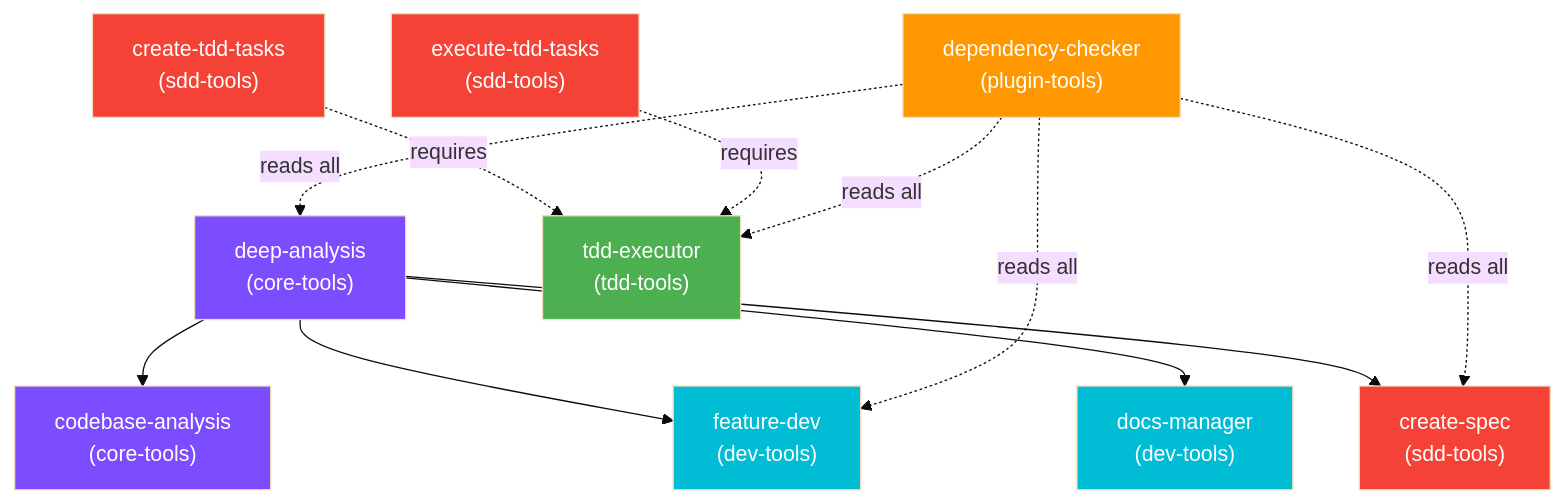
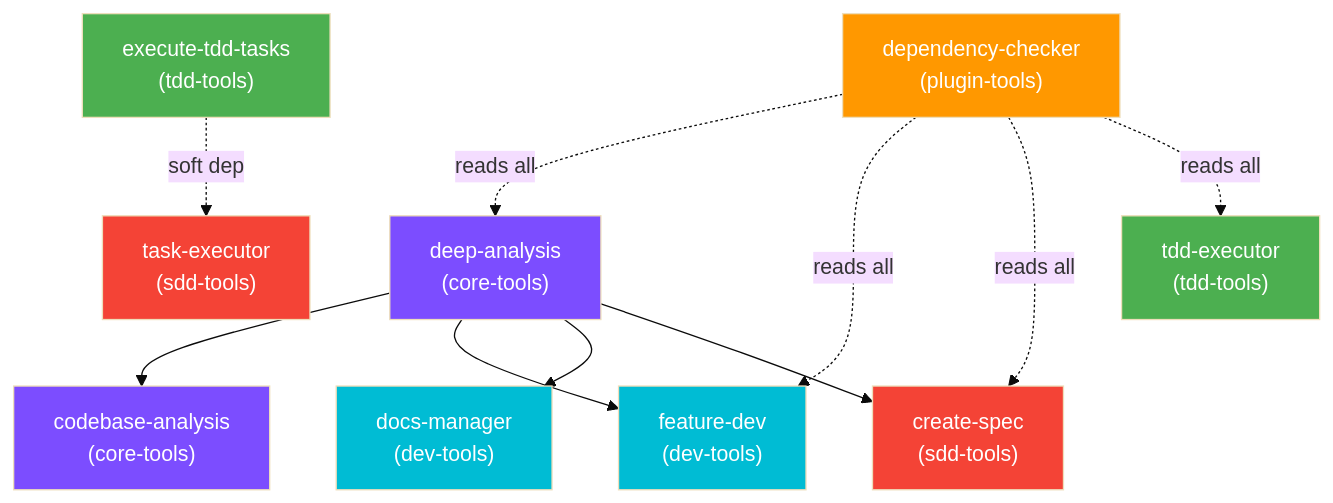
One commit to sequenzia/agent-alchemy changed the diagram in docs/plugins/index.md. Above: the diagram before and after it, drawn with Mermaid (base theme). The commit also changed other lines of this file and 17 other files, not shown here.

````diff
--- a/docs/plugins/index.md
+++ b/docs/plugins/index.md
@@ -109,25 +109,24 @@
 ```mermaid
 graph TD
     DA["deep-analysis<br/>(core-tools)"] --> CA["codebase-analysis<br/>(core-tools)"]
     DA --> FD["feature-dev<br/>(dev-tools)"]
     DA --> DM["docs-manager<br/>(dev-tools)"]
     DA --> CS["create-spec<br/>(sdd-tools)"]
 
-    CTT["create-tdd-tasks<br/>(sdd-tools)"] -.->|"requires"| TDD["tdd-executor<br/>(tdd-tools)"]
-    ETT["execute-tdd-tasks<br/>(sdd-tools)"] -.->|"requires"| TDD
+    ETT["execute-tdd-tasks<br/>(tdd-tools)"] -.->|"soft dep"| TE["task-executor<br/>(sdd-tools)"]
 
     DC["dependency-checker<br/>(plugin-tools)"] -.->|"reads all"| DA
     DC -.->|"reads all"| FD
     DC -.->|"reads all"| CS
-    DC -.->|"reads all"| TDD
+    DC -.->|"reads all"| TDD["tdd-executor<br/>(tdd-tools)"]
 
     style DA fill:#7c4dff,color:#fff
     style CA fill:#7c4dff,color:#fff
     style FD fill:#00bcd4,color:#fff
     style DM fill:#00bcd4,color:#fff
     style CS fill:#f44336,color:#fff
-    style CTT fill:#f44336,color:#fff
-    style ETT fill:#f44336,color:#fff
+    style TE fill:#f44336,color:#fff
+    style ETT fill:#4caf50,color:#fff
     style TDD fill:#4caf50,color:#fff
     style DC fill:#ff9800,color:#fff
 ```
````
